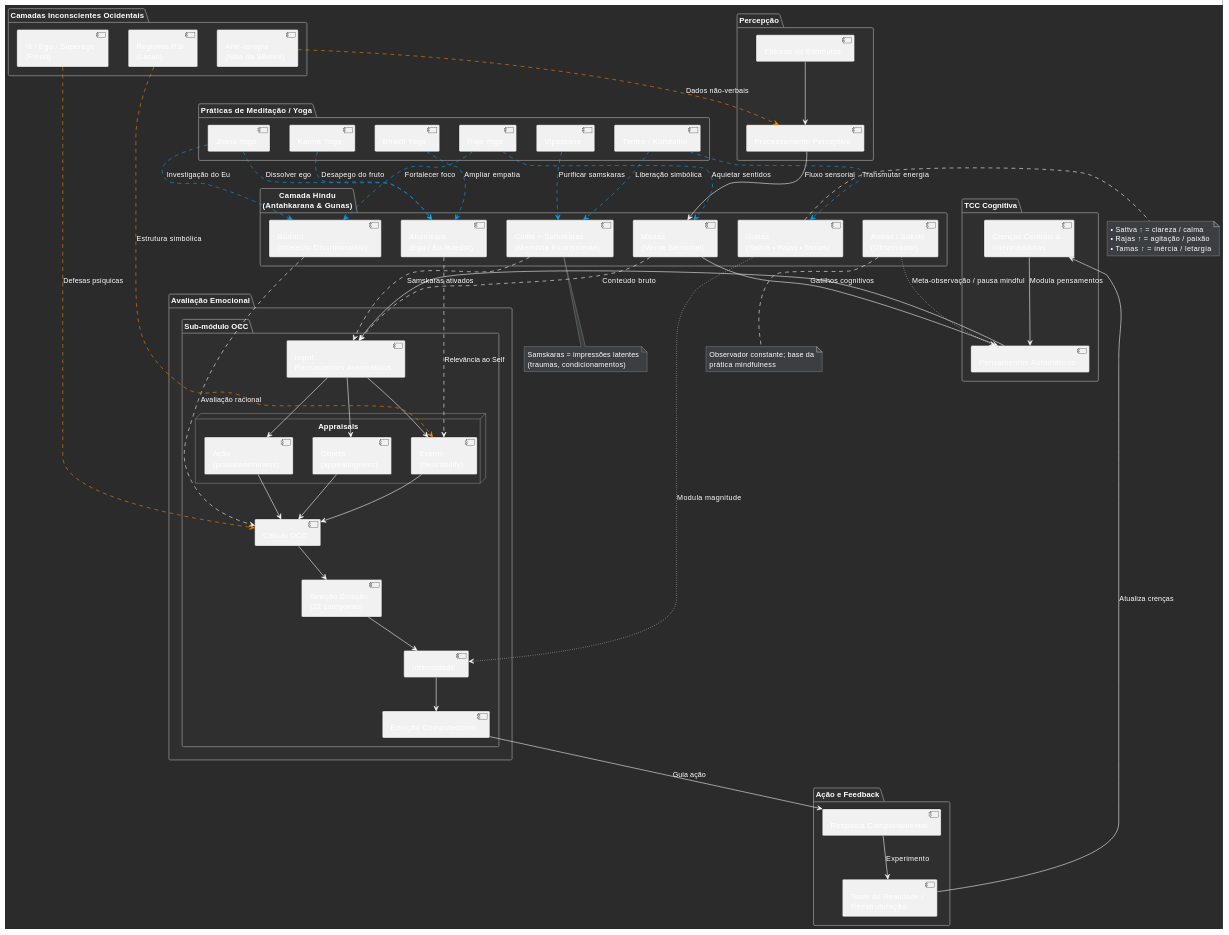
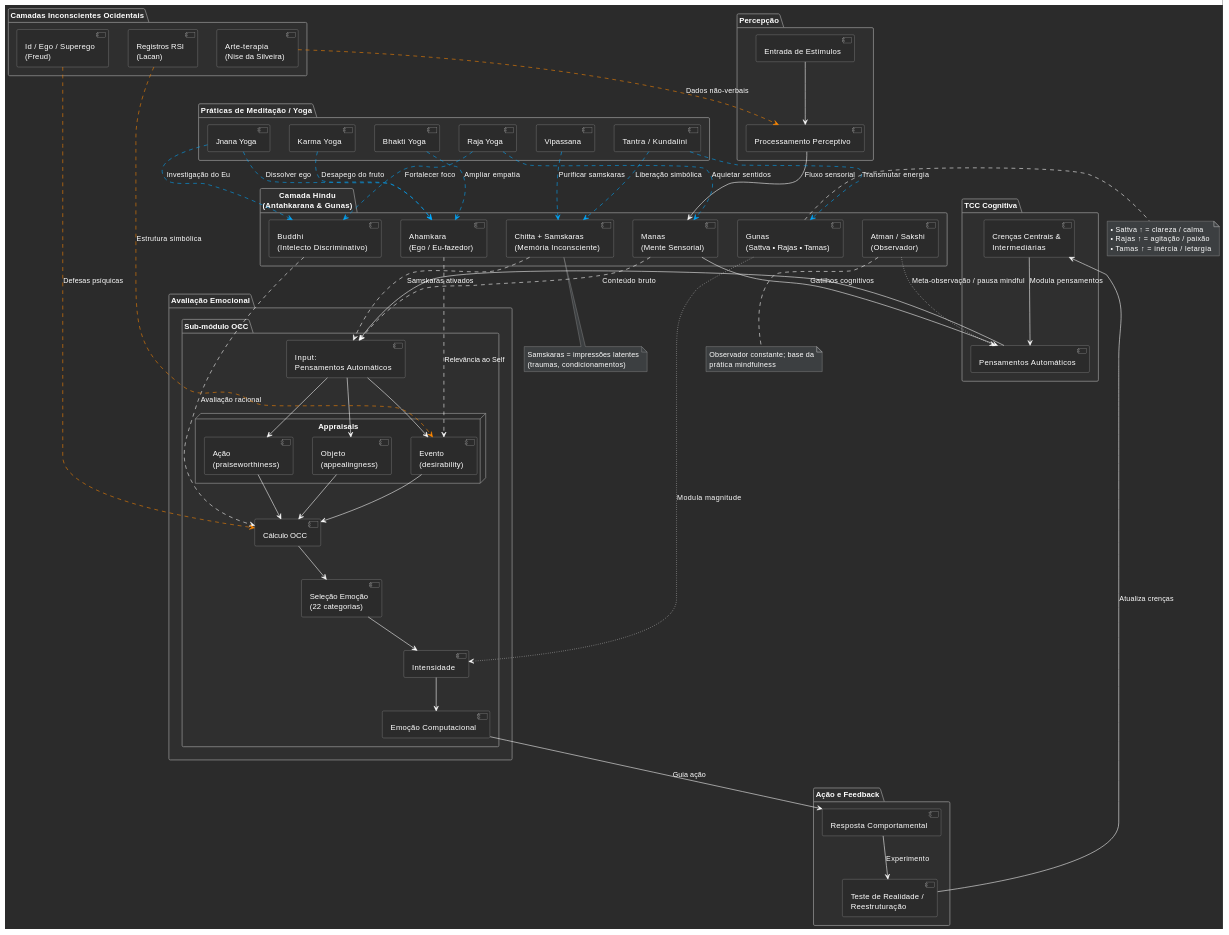
Before and after one commit to racoci/DevNotes: the second of 4 diagrams in AI/Simmulations/Psychological Models/TCC + OCC + Yoga.md, drawn with PlantUML. The commit also changed other lines of this file and 17 other files, not shown here.

```diff
--- a/AI/Simmulations/Psychological Models/TCC + OCC + Yoga.md
+++ b/AI/Simmulations/Psychological Models/TCC + OCC + Yoga.md
@@ -99,6 +295,16 @@
 skinparam ArrowColor #FFFFFF
 skinparam ArrowFontColor #FFFFFF
 skinparam stereotypeCBackgroundColor #2F2F2F
+skinparam component {
+  BackgroundColor #2B2B2B
+  FontColor #FFFFFF
+  BorderColor #AAAAAA
+}
+skinparam node {
+  BackgroundColor #2B2B2B
+  FontColor #FFFFFF
+  BorderColor #AAAAAA
+}
 
 ' -------------------------------------------------
 'title Sistema Integrado: CBT • OCC • Psicanálise • Antahkarana • Meditação
```
